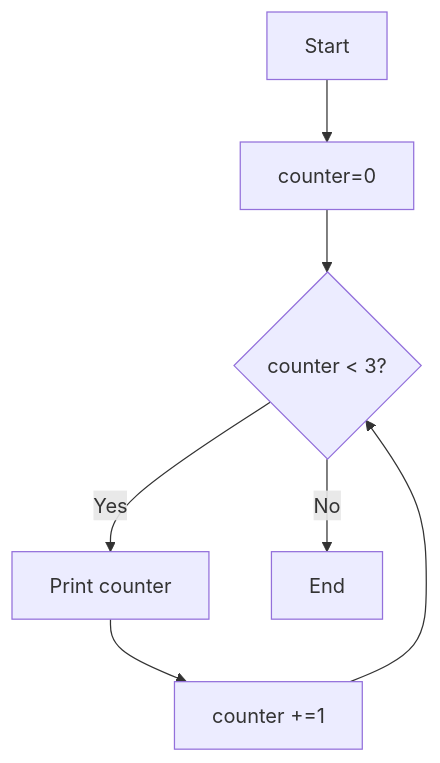
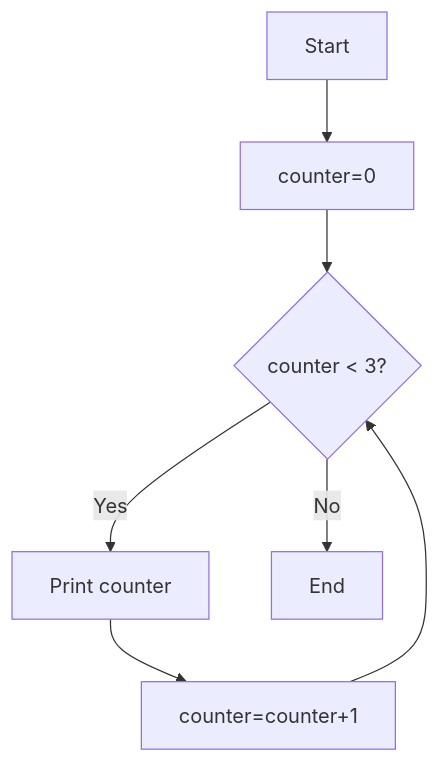
The eighth of 9 diagrams in courses/python_2609/w04_Control_Flow/s01_content.md (jumphone/www), drawn with Mermaid before and after one commit. The commit also changed other lines of this file, not shown here.

````diff
--- a/courses/python_2609/w04_Control_Flow/s01_content.md
+++ b/courses/python_2609/w04_Control_Flow/s01_content.md
@@ -1214,9 +1213,9 @@
 ```mermaid
 flowchart TD
     S[Start] --> I[counter=0]
     I --> C{counter < 3?}
     C -->|Yes| P[Print counter]
-    P --> U[counter +=1]
+    P --> U[counter=counter+1]
     U --> C
     C -->|No| E[End]
 ```
````
